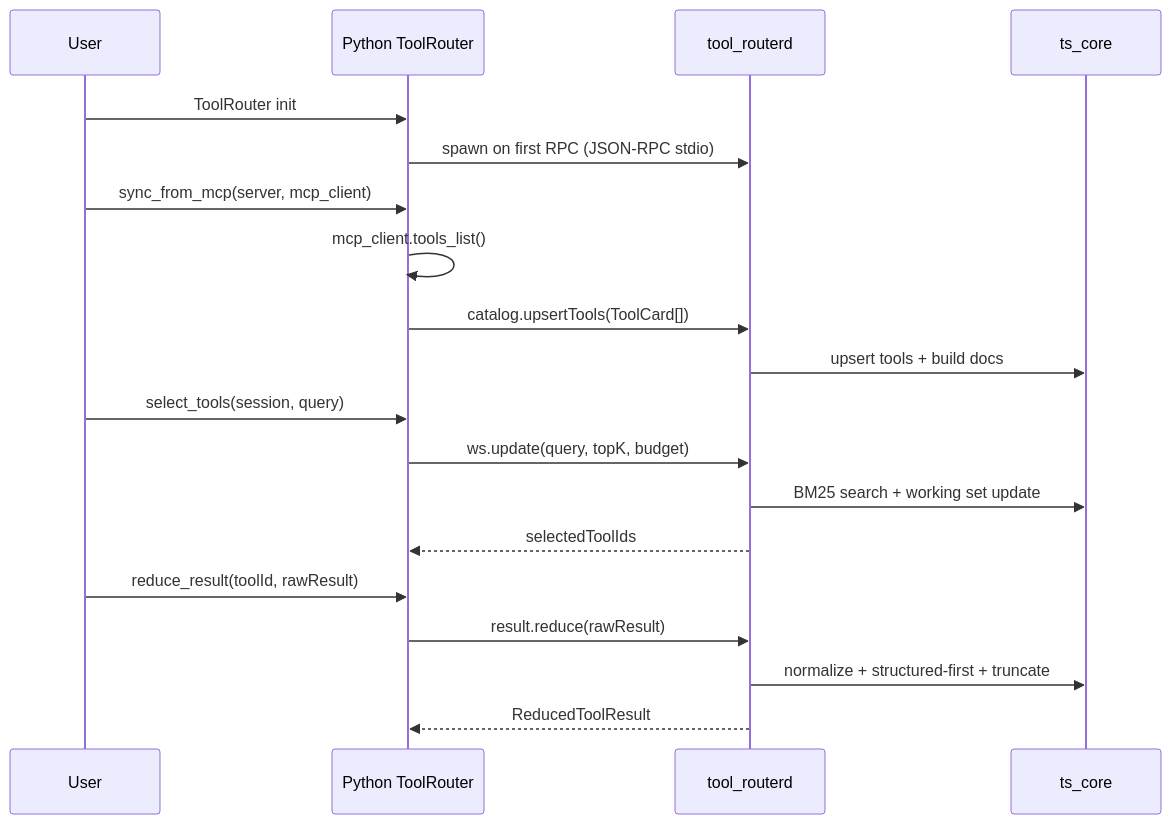
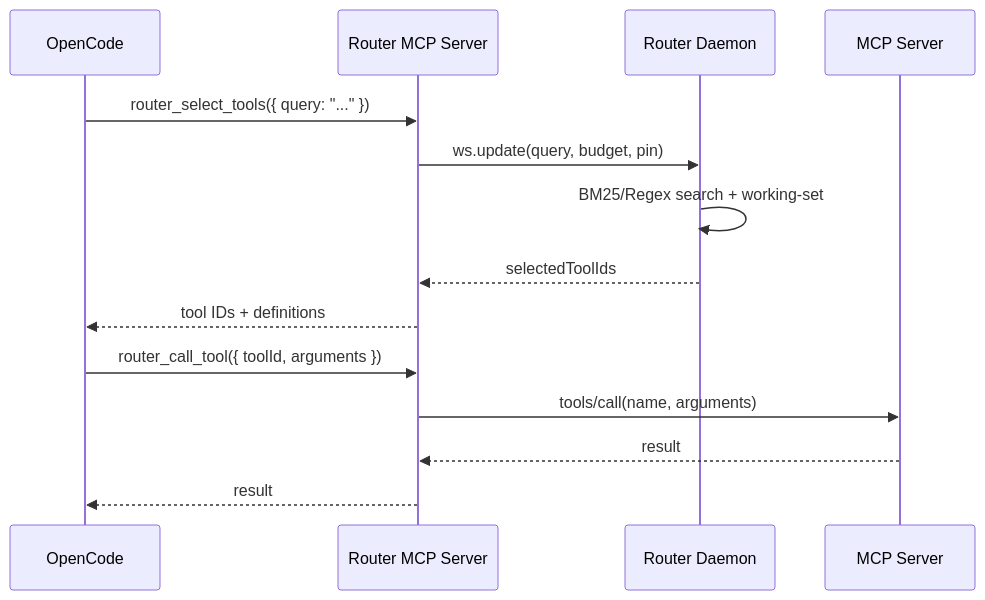
One commit to effortprogrammer/agentic-mcp-router changed the diagram in README.md. Above: the diagram before and after it, drawn with Mermaid. The commit also changed other lines of this file and 9 other files, not shown here.

First line of the commit message:
feat: add always-load pinning, regex search mode, and router_tool_info meta tool

````diff
--- a/README.md
+++ b/README.md
@@ -205,24 +162,18 @@
 ```mermaid
 sequenceDiagram
-    participant User
-    participant Py as Python ToolRouter
-    participant D as tool_routerd
-    participant Core as ts_core
+    participant OC as OpenCode
+    participant R as Router MCP Server
+    participant D as Router Daemon
+    participant MCP as MCP Server
 
-    User->>Py: ToolRouter init
-    Py->>D: spawn on first RPC (JSON-RPC stdio)
-    User->>Py: sync_from_mcp(server, mcp_client)
-    Py->>Py: mcp_client.tools_list()
-    Py->>D: catalog.upsertTools(ToolCard[])
-    D->>Core: upsert tools + build docs
+    OC->>R: router_select_tools({ query: "..." })
+    R->>D: ws.update(query, budget, pin)
+    D->>D: BM25/Regex search + working-set
+    D-->>R: selectedToolIds
+    R-->>OC: tool IDs + definitions
 
-    User->>Py: select_tools(session, query)
-    Py->>D: ws.update(query, topK, budget)
-    D->>Core: BM25 search + working set update
-    D-->>Py: selectedToolIds
-
-    User->>Py: reduce_result(toolId, rawResult)
-    Py->>D: result.reduce(rawResult)
-    D->>Core: normalize + structured-first + truncate
-    D-->>Py: ReducedToolResult
+    OC->>R: router_call_tool({ toolId, arguments })
+    R->>MCP: tools/call(name, arguments)
+    MCP-->>R: result
+    R-->>OC: result
 ```
````
